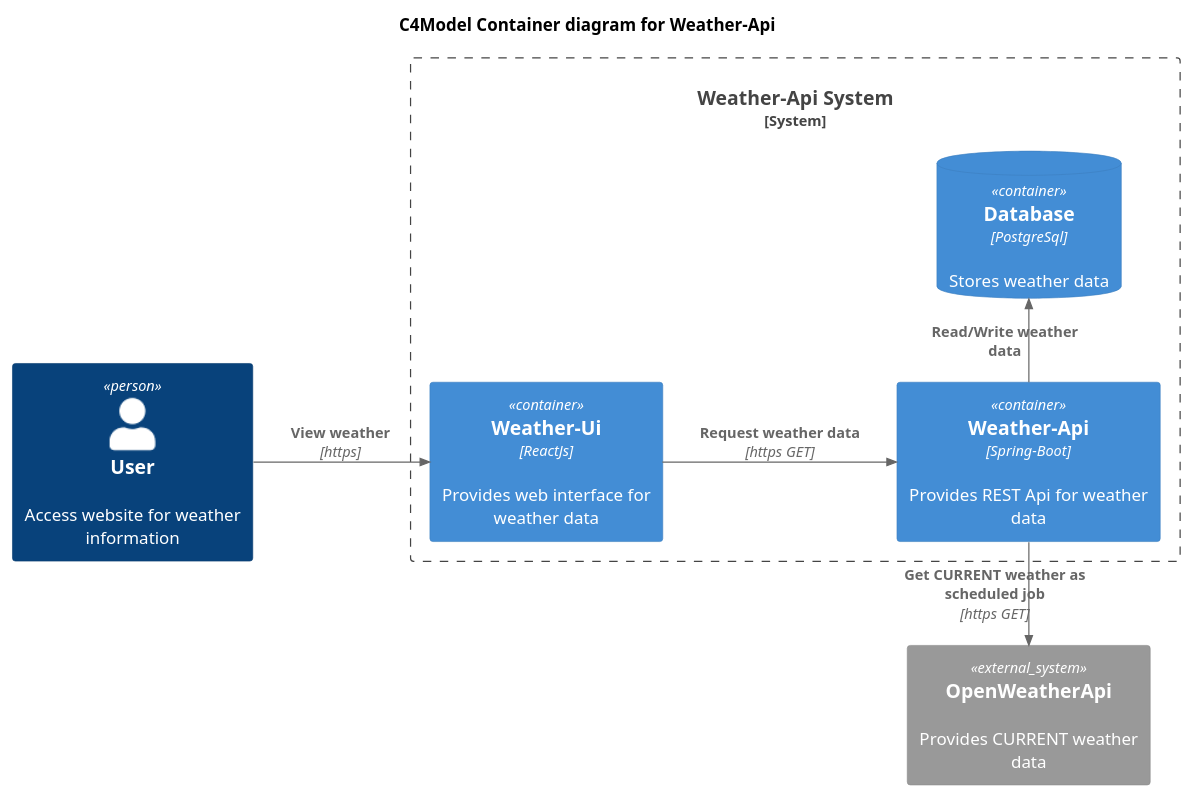
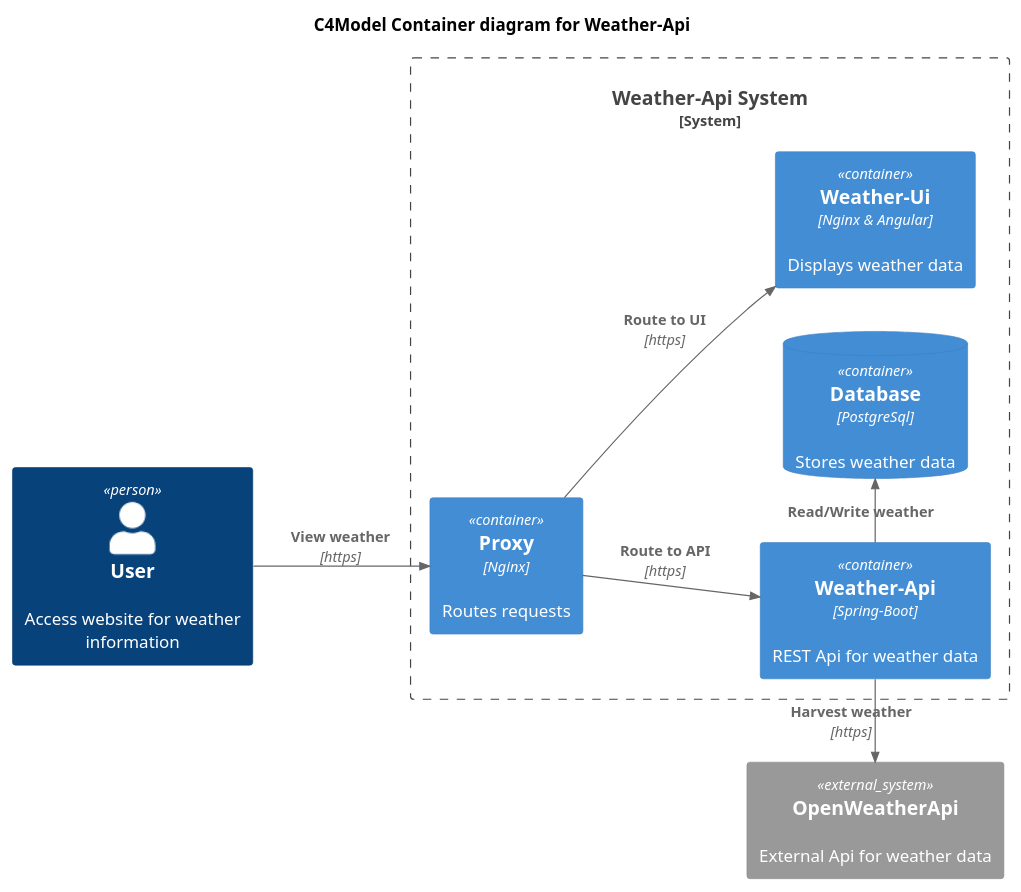
The diagram in docs/c4model/container.puml (OskarWestmeijer/weather), drawn with PlantUML before and after one commit. The commit also changed 97 other files, not shown here.

```diff
--- a/docs/c4model/container.puml
+++ b/docs/c4model/container.puml
@@ -1,26 +1,25 @@
 @startuml C4_Elements
 
 !include https://raw.githubusercontent.com/plantuml-stdlib/C4-PlantUML/master/C4_Container.puml
-
-
 
 title C4Model Container diagram for Weather-Api
 
 Person(user, "User", "Access website for weather information")
 
 System_Boundary(weatherSystem, "Weather-Api System") {
-    Container(weather_ui, "Weather-Ui", "ReactJs", $descr="Provides web interface for weather data")
-    Container(weather_api, "Weather-Api", "Spring-Boot", $descr="Provides REST Api for weather data")
-    ContainerDb(postgres_db, "Database", "PostgreSql", "Stores weather data")
+    Container(nginx_proxy, "Proxy", "Nginx", $descr="Routes requests")
+    Container(weather_api, "Weather-Api", "Spring-Boot", $descr="REST Api for weather data")
+    ContainerDb(postgres_db, "Database", "PostgreSql", $descr="Stores weather data")
+    Container(weather_ui, "Weather-Ui", "Nginx & Angular", $descr="Displays weather data")
 }
-System_Ext(open_weather_api, "OpenWeatherApi", "Provides CURRENT weather data")
+System_Ext(open_weather_api, "OpenWeatherApi", "External Api for weather data")
 
 
-Rel(user, weather_ui, "View weather", "https")
-Rel(weather_ui, weather_api, "Request weather data", "https GET")
-Rel_L(weather_api, open_weather_api, "Get CURRENT weather as scheduled job", "https GET")
-Rel_R(weather_api, postgres_db, "Read/Write weather data")
+Rel(user, nginx_proxy, "View weather", "https")
+Rel(nginx_proxy, weather_ui, "Route to UI", "https")
+Rel(nginx_proxy, weather_api, "Route to API", "https")
+Rel_L(weather_api, open_weather_api, "Harvest weather", "https")
+Rel_R(weather_api, postgres_db, "Read/Write weather")
 LAYOUT_LANDSCAPE()
 
-
 @enduml
```
